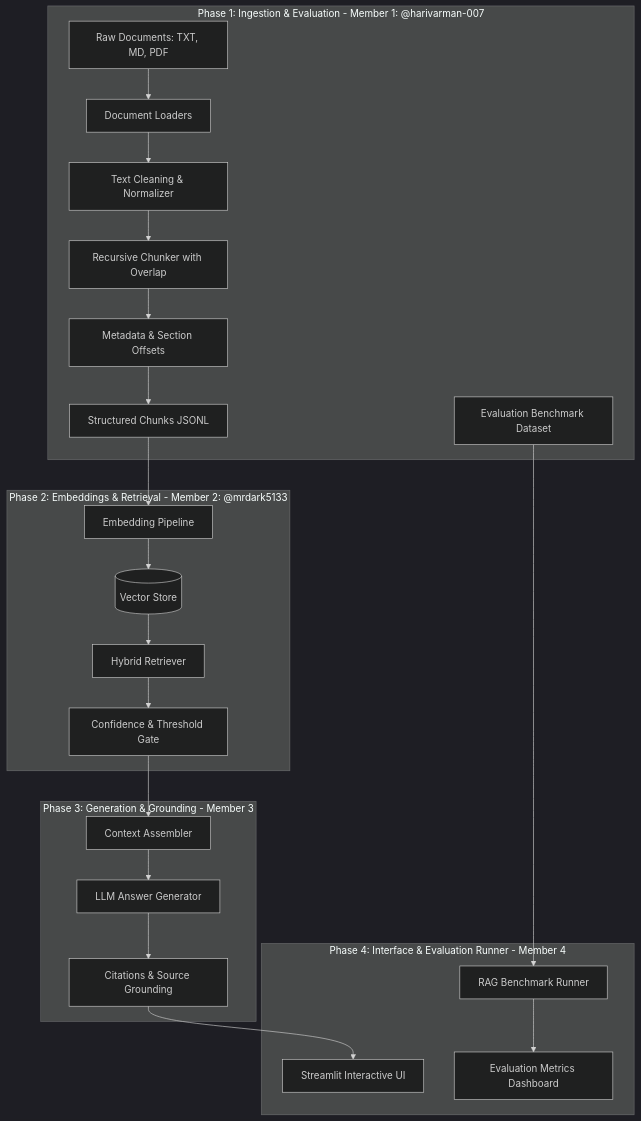
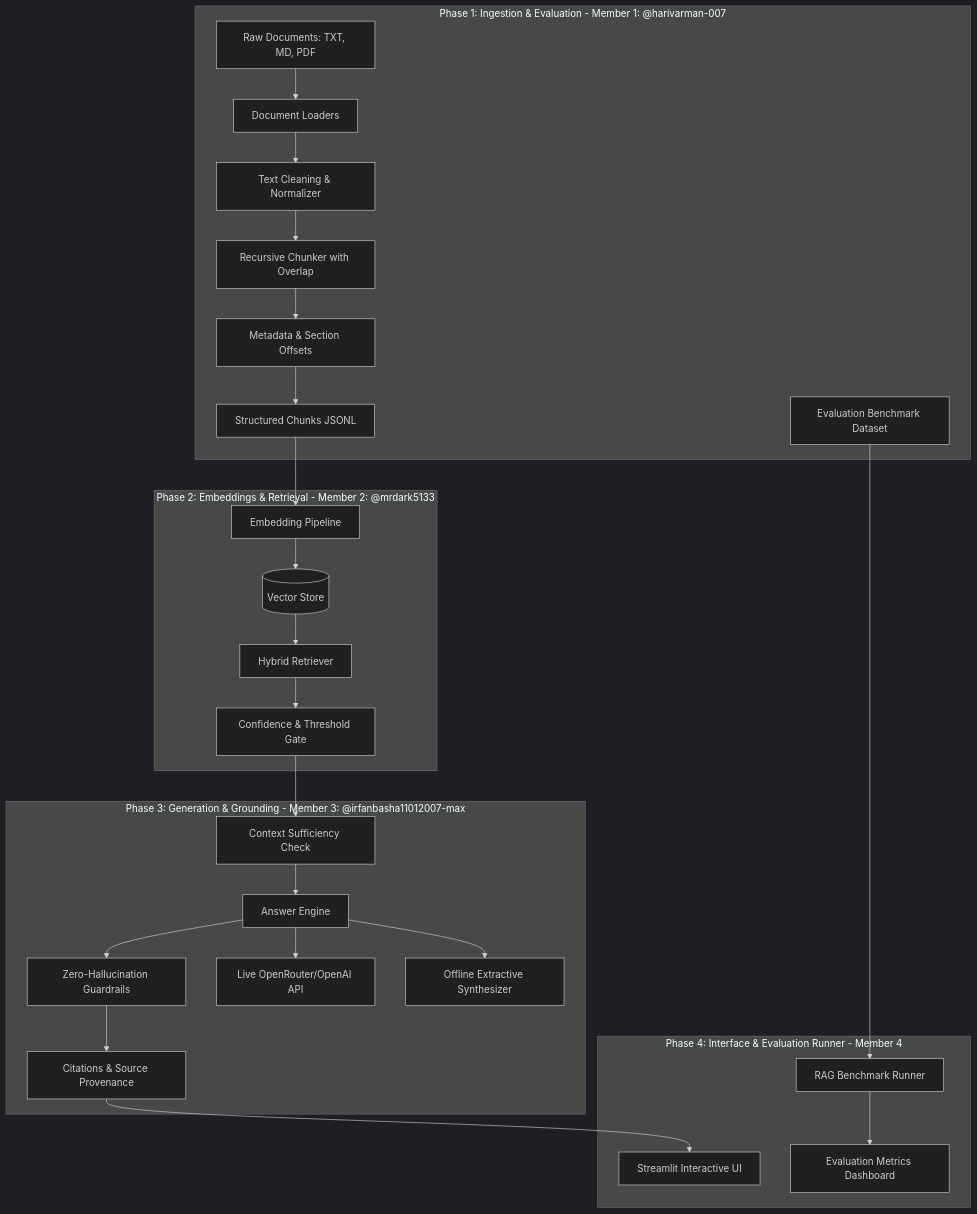
One commit to irfanbasha11012007-max/mr.Dark-HS2026-043 changed the diagram in plan.md. Above: the diagram before and after it, drawn with Mermaid (dark theme). The commit also changed other lines of this file and 3 other files, not shown here.

Commit message:
docs(answer): document grounding rules

````diff
--- a/plan.md
+++ b/plan.md
@@ -5,30 +5,33 @@
 ```mermaid
 graph TD
     subgraph Phase 1 [Phase 1: Ingestion & Evaluation - Member 1: @harivarman-007]
         RawDocs[Raw Documents: TXT, MD, PDF] --> Loaders[Document Loaders]
         Loaders --> Clean[Text Cleaning & Normalizer]
         Clean --> Chunker[Recursive Chunker with Overlap]
         Chunker --> Meta[Metadata & Section Offsets]
         Meta --> ChunksJSONL[Structured Chunks JSONL]
         EvalSet[Evaluation Benchmark Dataset]
     end
 
     subgraph Phase 2 [Phase 2: Embeddings & Retrieval - Member 2: @mrdark5133]
         ChunksJSONL --> Embedder[Embedding Pipeline]
         Embedder --> VectorDB[(Vector Store)]
         VectorDB --> Retriever[Hybrid Retriever]
         Retriever --> ConfidenceGate[Confidence & Threshold Gate]
     end
 
-    subgraph Phase 3 [Phase 3: Generation & Grounding - Member 3]
-        ConfidenceGate --> ContextBuilder[Context Assembler]
-        ContextBuilder --> LLM[LLM Answer Generator]
-        LLM --> Citations[Citations & Source Grounding]
+    subgraph Phase 3 [Phase 3: Generation & Grounding - Member 3: @irfanbasha11012007-max]
+        ConfidenceGate --> SufficiencyCheck[Context Sufficiency Check]
+        SufficiencyCheck --> AnswerEngine[Answer Engine]
+        AnswerEngine --> Guardrails[Zero-Hallucination Guardrails]
+        AnswerEngine --> LiveLLM[Live OpenRouter/OpenAI API]
+        AnswerEngine --> OfflineFallback[Offline Extractive Synthesizer]
+        Guardrails --> Citations[Citations & Source Provenance]
     end
 
     subgraph Phase 4 [Phase 4: Interface & Evaluation Runner - Member 4]
         Citations --> StreamlitUI[Streamlit Interactive UI]
         EvalSet --> EvalRunner[RAG Benchmark Runner]
         EvalRunner --> MetricsReport[Evaluation Metrics Dashboard]
     end
 ```
````
